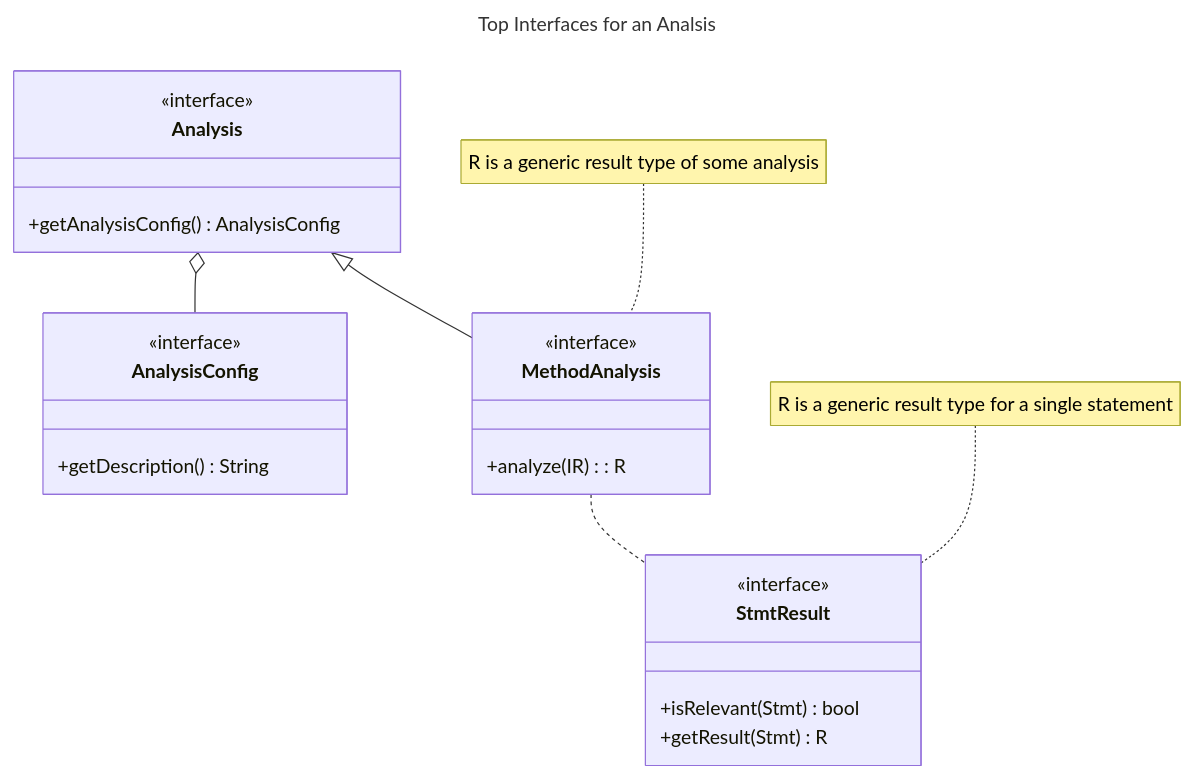
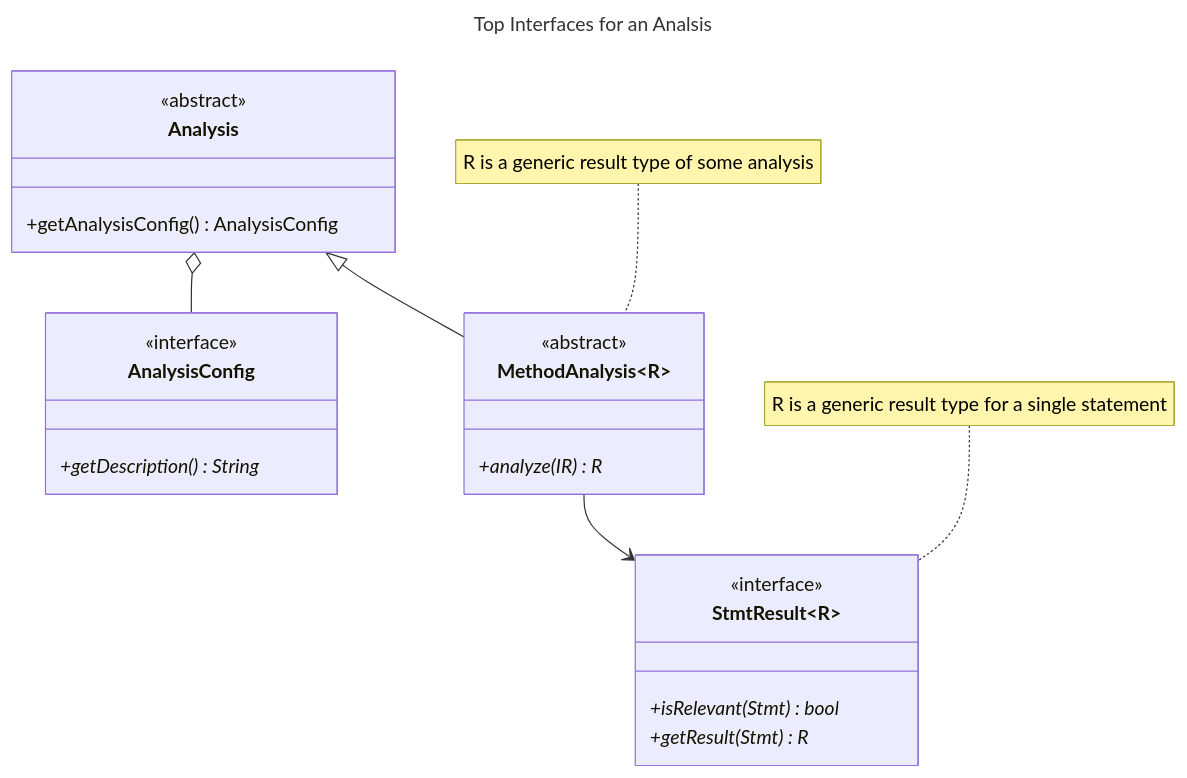
Before and after one commit to JacyCui/cpp-static-analyzer: the first of 2 diagrams in docs/DataflowAnalysis.md, drawn with Mermaid. The commit also changed other lines of this file and 1 other file, not shown here.

````diff
--- a/docs/DataflowAnalysis.md
+++ b/docs/DataflowAnalysis.md
@@ -11,35 +11,35 @@
 ```mermaid
 ---
 title: Top Interfaces for an Analsis
 ---
 classDiagram
 class Analysis {
-    <<interface>>
+    <<abstract>>
     +getAnalysisConfig() AnalysisConfig
 }
 
 class AnalysisConfig {
 	<<interface>>
-	+getDescription() String
+	+getDescription()* String
 }
 
 note for MethodAnalysis "R is a generic result type of some analysis"
 
-class MethodAnalysis {
-	<<interface>>
-	+analyze(IR): R
+class MethodAnalysis~R~ {
+	<<abstract>>
+	+analyze(IR)* R
 }
 
 Analysis <|-- MethodAnalysis
 Analysis o-- AnalysisConfig
 
 note for StmtResult "R is a generic result type for a single statement"
 
-class StmtResult {
+class StmtResult~R~ {
 	<<interface>>
-	+isRelevant(Stmt) bool
-	+getResult(Stmt) R
+	+isRelevant(Stmt)* bool
+	+getResult(Stmt)* R
 }
 
-MethodAnalysis .. StmtResult
+MethodAnalysis --> StmtResult
 ```
````
